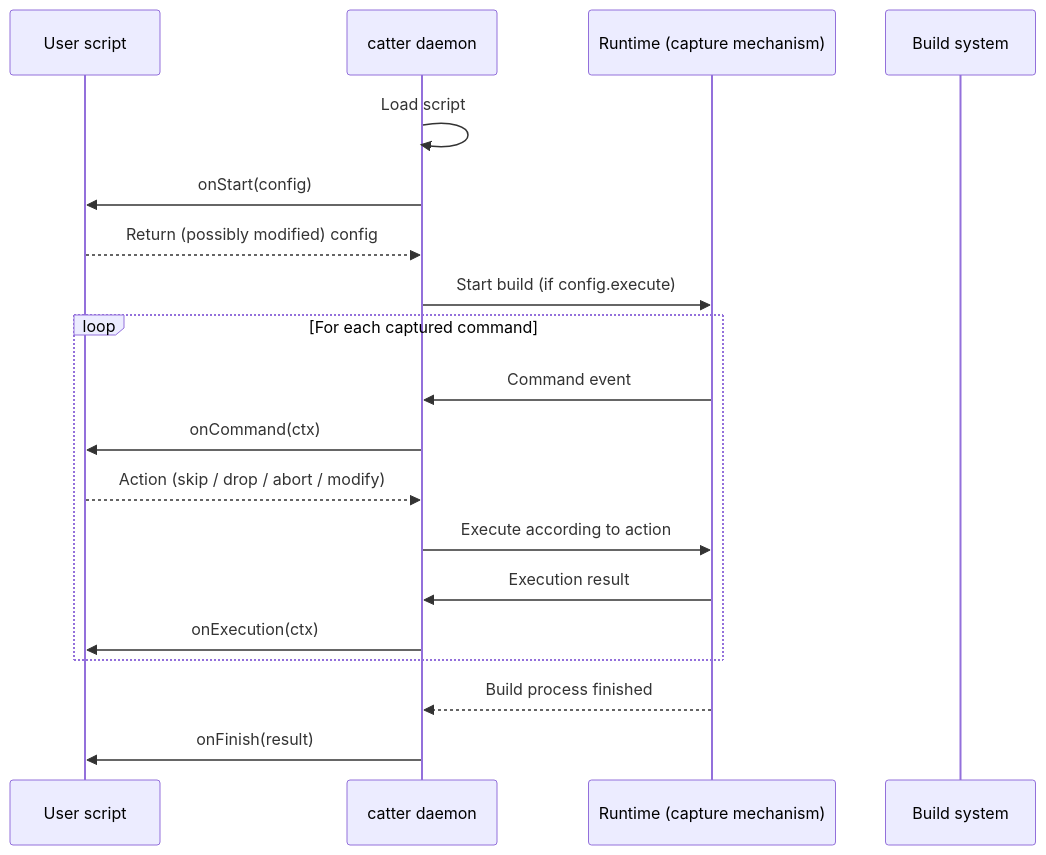
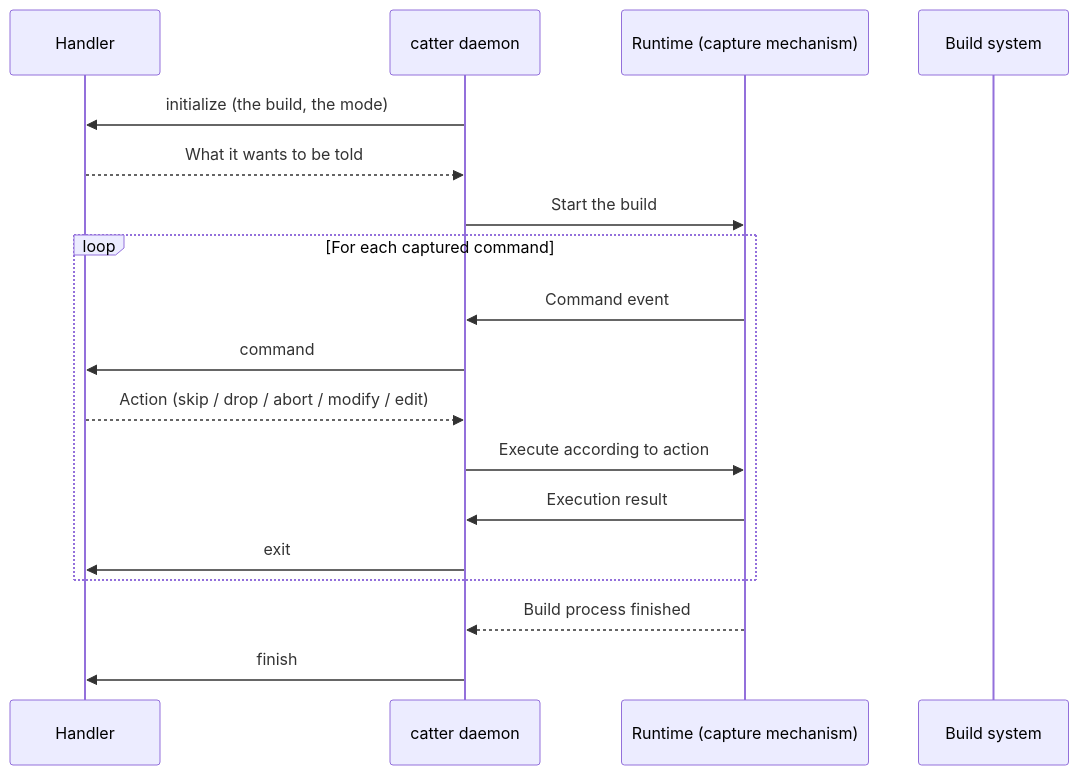
One commit to clice-io/docs changed the diagram in en/catter/design/architecture.md. Above: the diagram before and after it, drawn with Mermaid. The commit also changed other lines of this file and 23 other files, not shown here.

````diff
--- a/en/catter/design/architecture.md
+++ b/en/catter/design/architecture.md
@@ -28,22 +24,21 @@
 ```mermaid
 sequenceDiagram
-    participant Script as User script
+    participant Handler
     participant Catter as catter daemon
     participant Runtime as Runtime (capture mechanism)
     participant Build as Build system
 
-    Catter->>Catter: Load script
-    Catter->>Script: onStart(config)
-    Script-->>Catter: Return (possibly modified) config
-    Catter->>Runtime: Start build (if config.execute)
+    Catter->>Handler: initialize (the build, the mode)
+    Handler-->>Catter: What it wants to be told
+    Catter->>Runtime: Start the build
     loop For each captured command
         Runtime->>Catter: Command event
-        Catter->>Script: onCommand(ctx)
-        Script-->>Catter: Action (skip / drop / abort / modify)
+        Catter->>Handler: command
+        Handler-->>Catter: Action (skip / drop / abort / modify / edit)
         Catter->>Runtime: Execute according to action
         Runtime->>Catter: Execution result
-        Catter->>Script: onExecution(ctx)
+        Catter->>Handler: exit
     end
     Runtime-->>Catter: Build process finished
-    Catter->>Script: onFinish(result)
+    Catter->>Handler: finish
 ```
````
